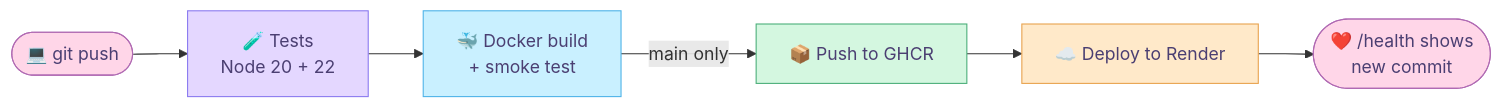
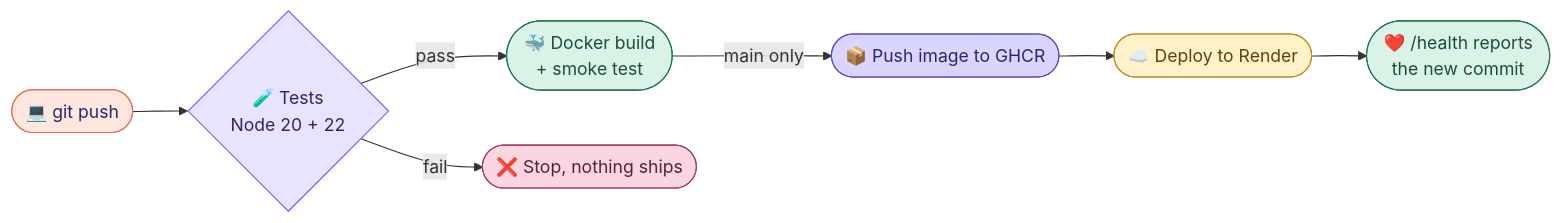
One commit to NoyaAdivi/evenly changed the diagram in README.md. Above: the diagram before and after it, drawn with Mermaid. The commit also changed other lines of this file and 19 other files, not shown here.

Commit message:
Fix Node 22 tests, redesign README like Okeat, add social images

````diff
--- a/README.md
+++ b/README.md
@@ -39,14 +78,16 @@
 ```mermaid
 flowchart LR
-    A([💻 git push]) --> B[🧪 Tests<br/>Node 20 + 22]
-    B --> C[🐳 Docker build<br/>+ smoke test]
-    C -->|main only| D[📦 Push to GHCR]
-    D --> E[☁️ Deploy to Render]
-    E --> F([❤️ /health shows<br/>new commit])
-    style A fill:#FFD6E8,stroke:#B06AB3,color:#4B3F72
-    style B fill:#E4D7FF,stroke:#8B7BF0,color:#4B3F72
-    style C fill:#C9F0FF,stroke:#4FB3E8,color:#4B3F72
-    style D fill:#D4F7E0,stroke:#4CAF7A,color:#4B3F72
-    style E fill:#FFE9C9,stroke:#E8A34F,color:#4B3F72
-    style F fill:#FFD6E8,stroke:#B06AB3,color:#4B3F72
+  A([💻 git push]) --> B{🧪 Tests<br/>Node 20 + 22}
+  B -->|pass| C([🐳 Docker build<br/>+ smoke test])
+  B -->|fail| X([❌ Stop, nothing ships])
+  C -->|main only| D([📦 Push image to GHCR])
+  D --> E([☁️ Deploy to Render])
+  E --> F([❤️ /health reports<br/>the new commit])
+  style A fill:#FFE6DE,stroke:#E36E57,color:#2C2668
+  style B fill:#E8E4FF,stroke:#6F60F0,color:#2C2668
+  style C fill:#D9F3E7,stroke:#1F7350,color:#1F4D38
+  style X fill:#FBD5E0,stroke:#A03A5C,color:#5C1F33
+  style D fill:#DAD5FF,stroke:#5548C8,color:#2C2668
+  style E fill:#FFF1C9,stroke:#B98A1E,color:#5C4410
+  style F fill:#D9F3E7,stroke:#1F7350,color:#1F4D38
 ```
````
